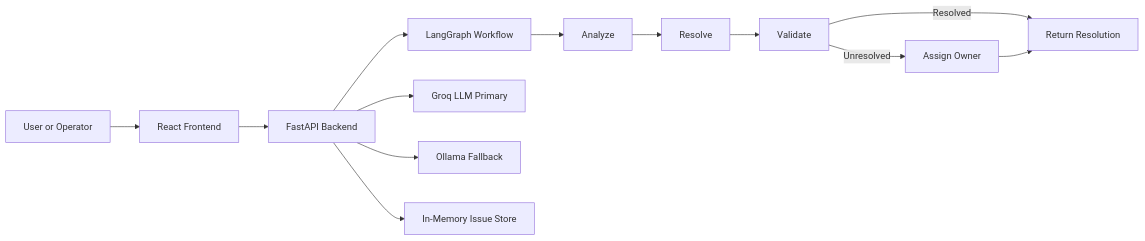
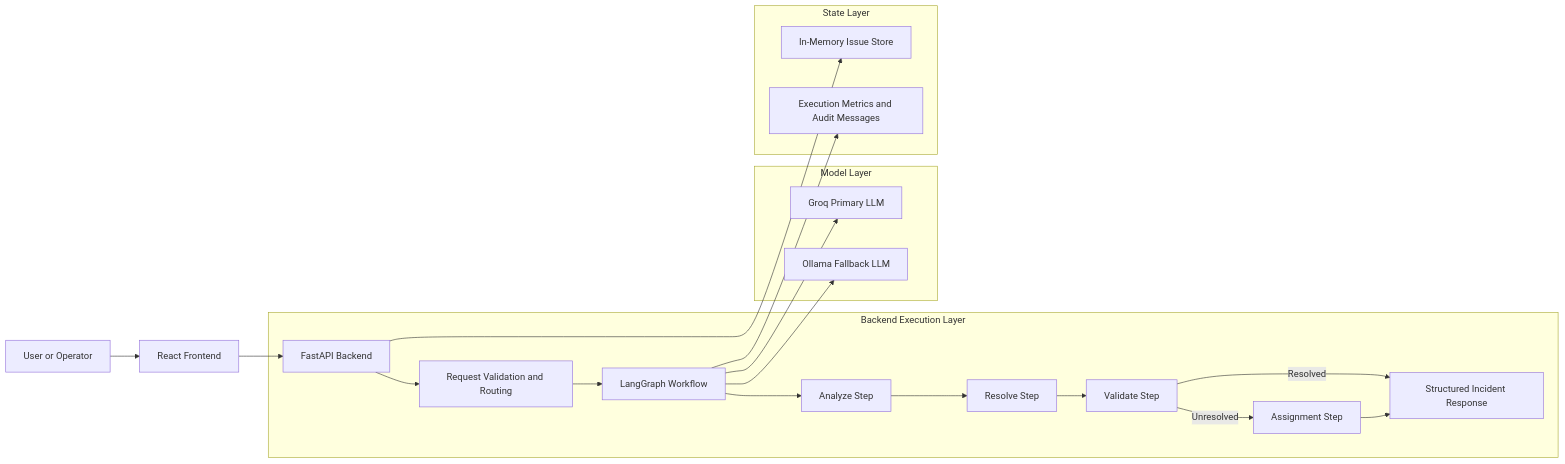
One commit to drdeveloper88/incident-autopilot changed the diagram in README.md. Above: the diagram before and after it, drawn with Mermaid. The commit also changed other lines of this file, not shown here.

Commit message:
docs: improve architecture section in README

````diff
--- a/README.md
+++ b/README.md
@@ -28,17 +28,26 @@
 ```mermaid
 flowchart LR
-    User[User or Operator] --> UI[React Frontend]
-    UI --> API[FastAPI Backend]
-    API --> WF[LangGraph Workflow]
+  User[User or Operator] --> UI[React Frontend]
+  UI --> API[FastAPI Backend]
 
-    WF --> A[Analyze]
-    A --> R[Resolve]
-    R --> V[Validate]
-    V -->|Resolved| Result[Return Resolution]
-    V -->|Unresolved| Assign[Assign Owner]
-    Assign --> Result
+  subgraph Backend Execution Layer
+    API --> Router[Request Validation and Routing]
+    Router --> WF[LangGraph Workflow]
+    WF --> Analyze[Analyze Step]
+    Analyze --> Resolve[Resolve Step]
+    Resolve --> Validate[Validate Step]
+    Validate -->|Resolved| Response[Structured Incident Response]
+    Validate -->|Unresolved| Assign[Assignment Step]
+    Assign --> Response
+  end
 
-    API --> Groq[Groq LLM Primary]
-    API --> Ollama[Ollama Fallback]
-    API --> Store[In-Memory Issue Store]
+  subgraph Model Layer
+    WF --> Groq[Groq Primary LLM]
+    WF --> Ollama[Ollama Fallback LLM]
+  end
+
+  subgraph State Layer
+    API --> Memory[In-Memory Issue Store]
+    WF --> Metrics[Execution Metrics and Audit Messages]
+  end
 ```
````
